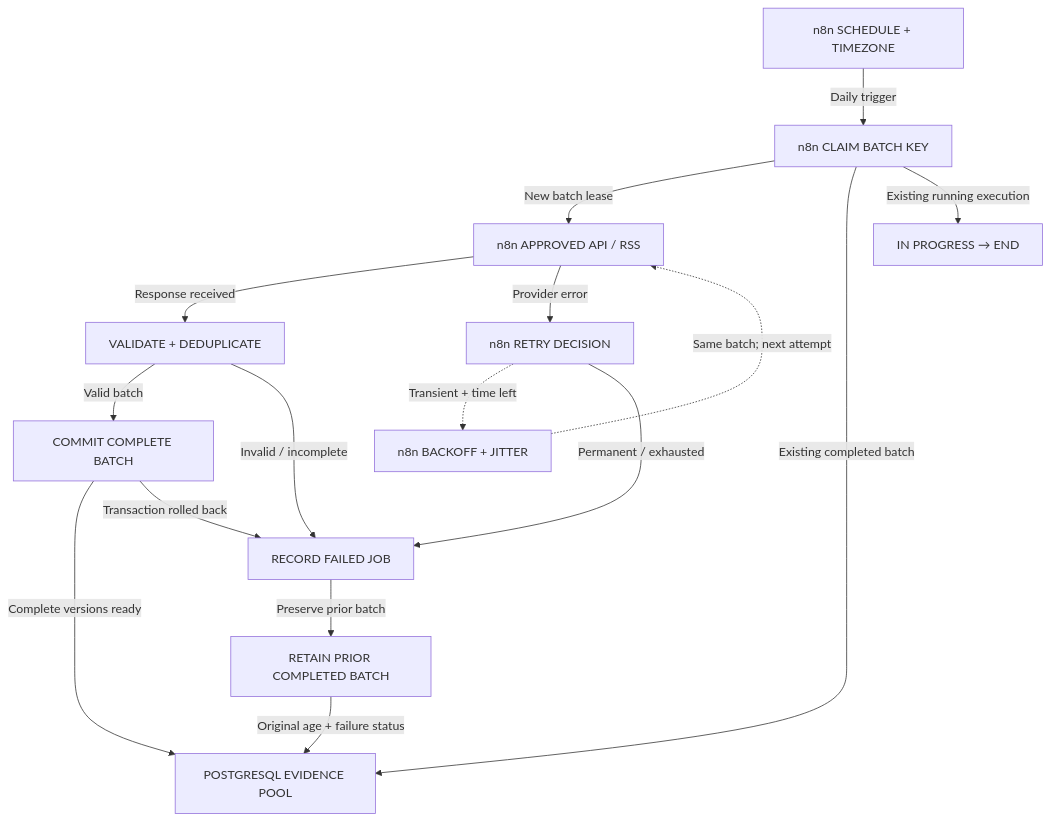
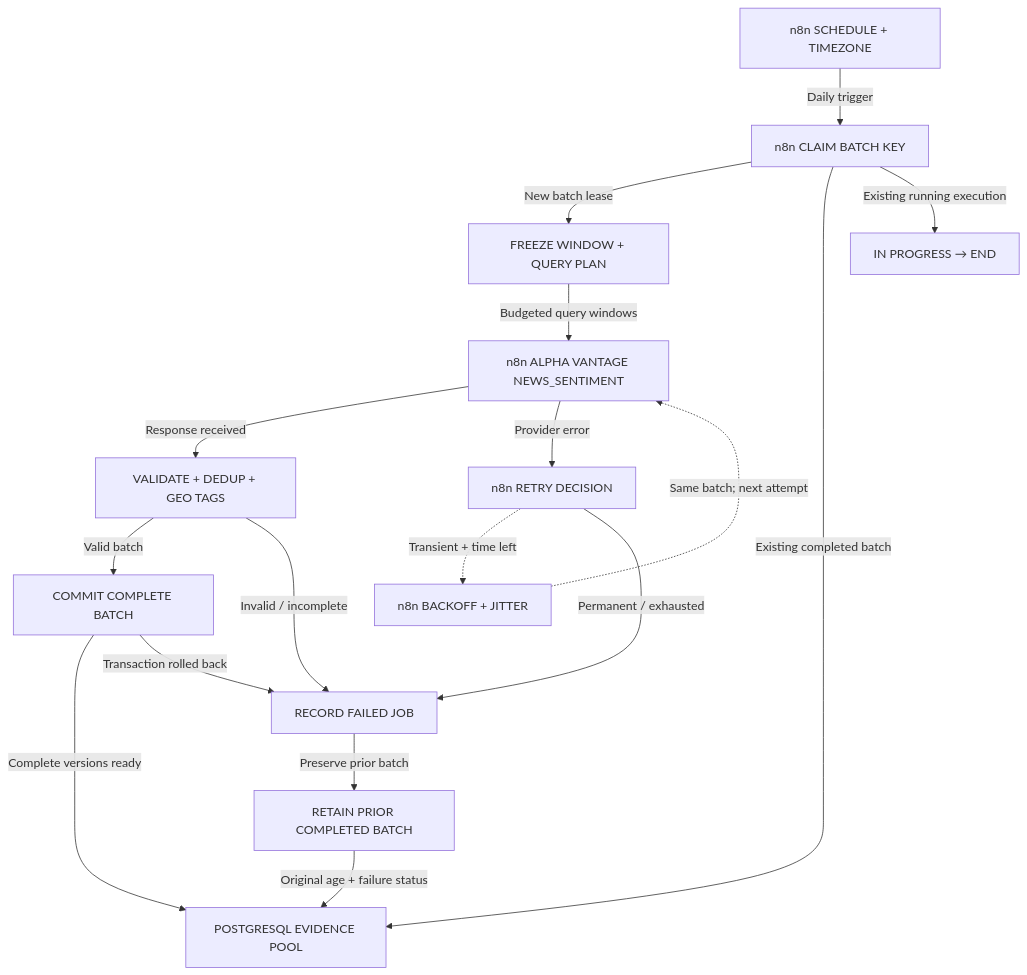
One commit to ByronHo68/ai-learning-academy changed the diagram in public/downloads/finance-diagrams/n8n_daily-en.mmd. Above: the diagram before and after it, drawn with Mermaid. The commit also changed 58 other files, not shown here.

Commit message:
Specify Alpha Vantage daily news, embedding stages and user evidence order

```diff
--- a/public/downloads/finance-diagrams/n8n_daily-en.mmd
+++ b/public/downloads/finance-diagrams/n8n_daily-en.mmd
@@ -1,27 +1,29 @@
 flowchart TD
   n0["n8n SCHEDULE + TIMEZONE"]
   n1["n8n CLAIM BATCH KEY"]
   n2["IN PROGRESS → END"]
-  n3["n8n APPROVED API / RSS"]
-  n4["n8n RETRY DECISION"]
-  n5["n8n BACKOFF + JITTER"]
-  n6["VALIDATE + DEDUPLICATE"]
-  n7["COMMIT COMPLETE BATCH"]
-  n8["RECORD FAILED JOB"]
-  n9["RETAIN PRIOR COMPLETED BATCH"]
-  n10["POSTGRESQL EVIDENCE POOL"]
+  n3["FREEZE WINDOW + QUERY PLAN"]
+  n4["n8n ALPHA VANTAGE NEWS_SENTIMENT"]
+  n5["n8n RETRY DECISION"]
+  n6["n8n BACKOFF + JITTER"]
+  n7["VALIDATE + DEDUP + GEO TAGS"]
+  n8["COMMIT COMPLETE BATCH"]
+  n9["RECORD FAILED JOB"]
+  n10["RETAIN PRIOR COMPLETED BATCH"]
+  n11["POSTGRESQL EVIDENCE POOL"]
   n0 -- "Daily trigger" --> n1
   n1 -- "New batch lease" --> n3
-  n1 -- "Existing completed batch" --> n10
+  n3 -- "Budgeted query windows" --> n4
+  n1 -- "Existing completed batch" --> n11
   n1 -- "Existing running execution" --> n2
-  n3 -- "Response received" --> n6
-  n3 -- "Provider error" --> n4
-  n4 -. "Transient + time left" .-> n5
-  n5 -. "Same batch; next attempt" .-> n3
-  n4 -- "Permanent / exhausted" --> n8
-  n6 -- "Valid batch" --> n7
-  n6 -- "Invalid / incomplete" --> n8
-  n7 -- "Complete versions ready" --> n10
-  n7 -- "Transaction rolled back" --> n8
-  n8 -- "Preserve prior batch" --> n9
-  n9 -- "Original age + failure status" --> n10
+  n4 -- "Response received" --> n7
+  n4 -- "Provider error" --> n5
+  n5 -. "Transient + time left" .-> n6
+  n6 -. "Same batch; next attempt" .-> n4
+  n5 -- "Permanent / exhausted" --> n9
+  n7 -- "Valid batch" --> n8
+  n7 -- "Invalid / incomplete" --> n9
+  n8 -- "Complete versions ready" --> n11
+  n8 -- "Transaction rolled back" --> n9
+  n9 -- "Preserve prior batch" --> n10
+  n10 -- "Original age + failure status" --> n11
```
